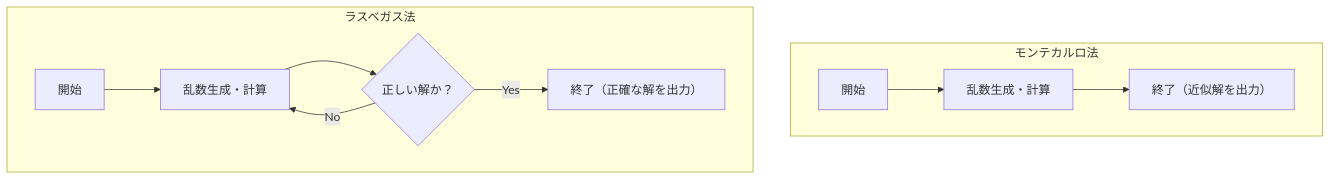
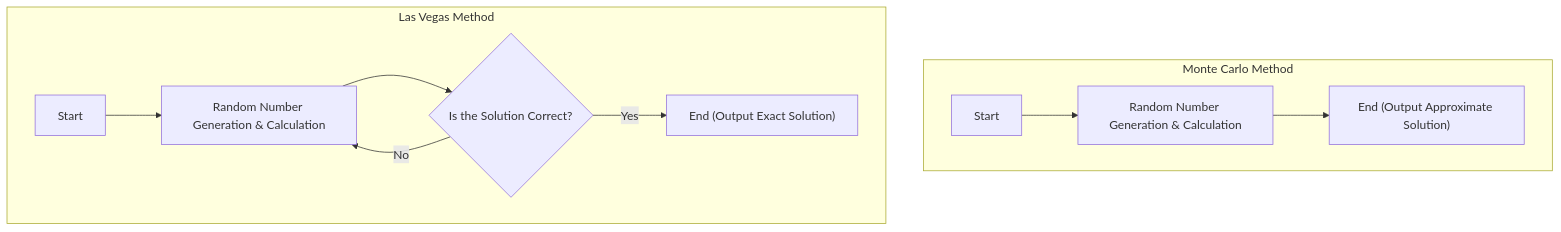
Before and after one commit to kenjinote/blog: the diagram in content/post/monte-carlo-and-las-vegas-algorithms/index.en.md, drawn with Mermaid. The commit also changed 28 other files, not shown here.

Commit message:
Translate Japanese text inside Mermaid diagrams to respective languages

````diff
--- a/content/post/monte-carlo-and-las-vegas-algorithms/index.en.md
+++ b/content/post/monte-carlo-and-las-vegas-algorithms/index.en.md
@@ -151,14 +151,14 @@
 ```mermaid
 graph TD
-    subgraph "モンテカルロ法"
-        M_Start["開始"] --> M_Rand["乱数生成・計算"]
-        M_Rand --> M_End["終了（近似解を出力）"]
+    subgraph "Monte Carlo Method"
+        M_Start["Start"] --> M_Rand["Random Number Generation & Calculation"]
+        M_Rand --> M_End["End (Output Approximate Solution)"]
     end
 
-    subgraph "ラスベガス法"
-        L_Start["開始"] --> L_Rand["乱数生成・計算"]
-        L_Rand --> L_Check{"正しい解か？"}
-        L_Check -->|"Yes"| L_End["終了（正確な解を出力）"]
+    subgraph "Las Vegas Method"
+        L_Start["Start"] --> L_Rand["Random Number Generation & Calculation"]
+        L_Rand --> L_Check{"Is the Solution Correct?"}
+        L_Check -->|"Yes"| L_End["End (Output Exact Solution)"]
         L_Check -->|"No"| L_Rand
     end
 ```
````
